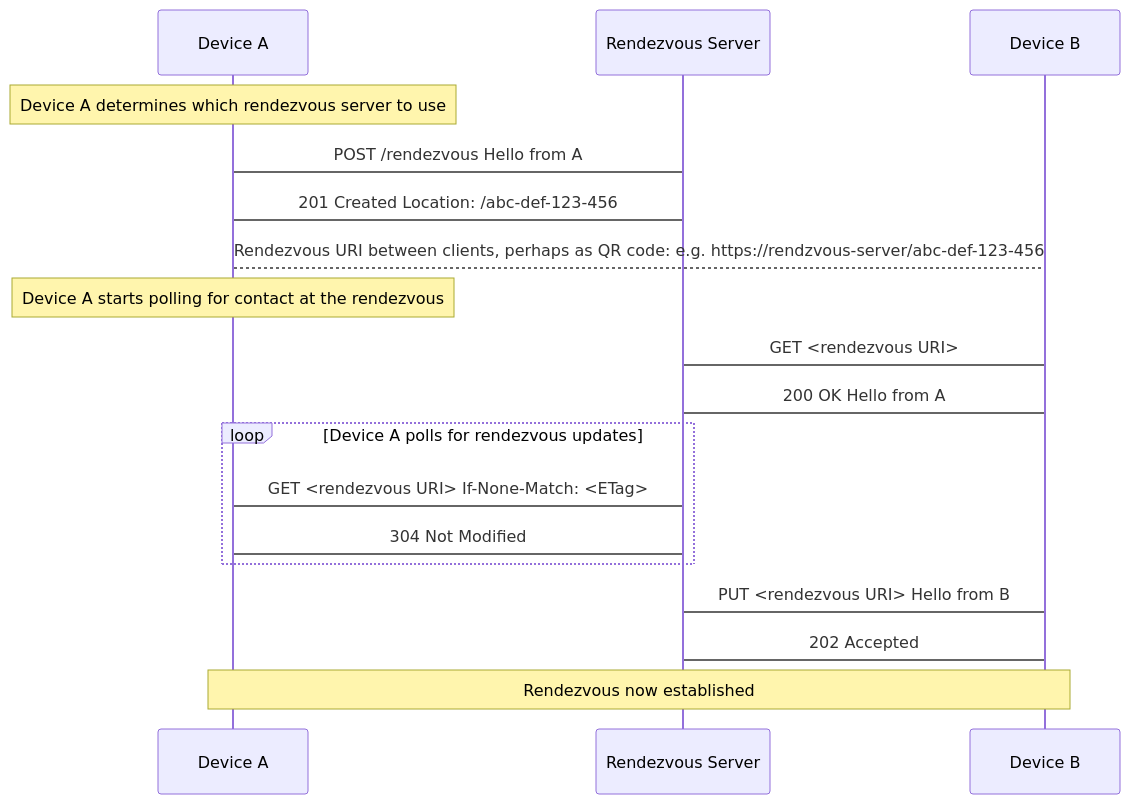
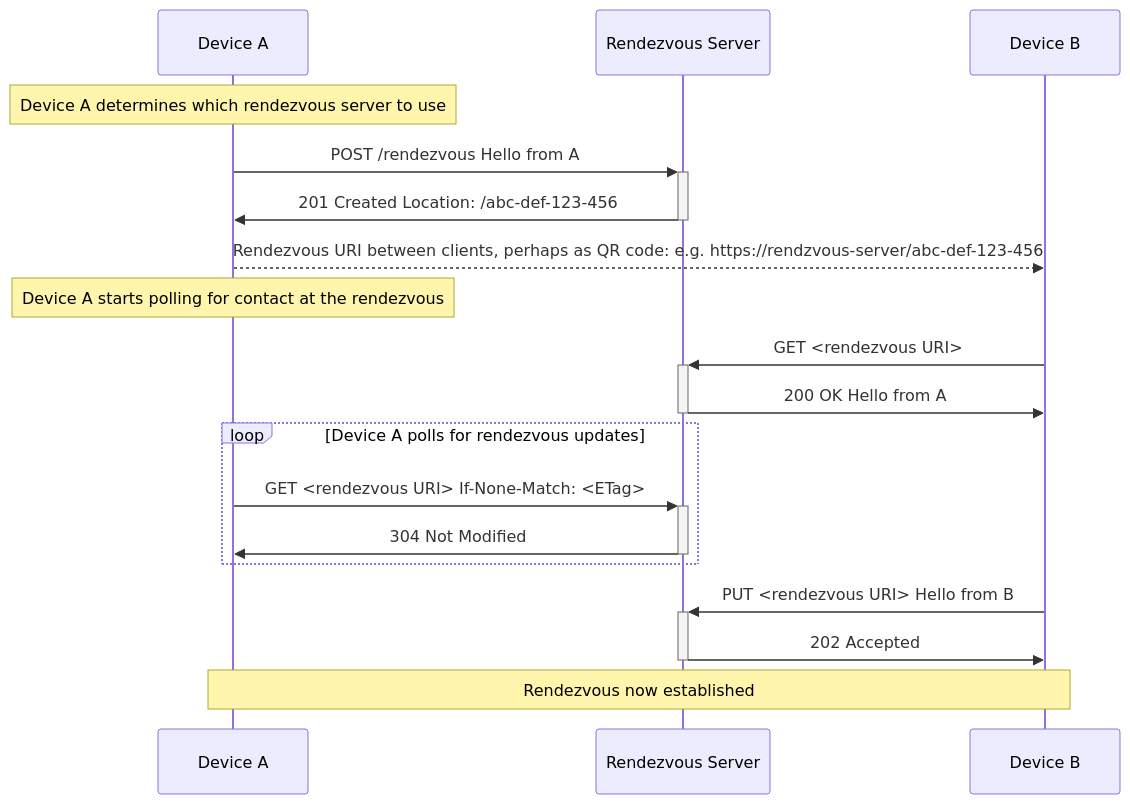
The diagram in proposals/3886-simple-rendezvous-capability.md (matrix-org/matrix-spec-proposals), drawn with Mermaid before and after one commit.

Commit message:
Add missing arrows to diagram

````diff
--- a/proposals/3886-simple-rendezvous-capability.md
+++ b/proposals/3886-simple-rendezvous-capability.md
@@ -27,28 +27,28 @@
 ```mermaid
 
 sequenceDiagram
   participant A as Device A
   participant R as Rendezvous Server
   participant B as Device B
   Note over A: Device A determines which rendezvous server to use
 
-  A->R: POST /rendezvous Hello from A
-  R->A: 201 Created Location: /abc-def-123-456
+  A->>+R: POST /rendezvous Hello from A
+  R->>-A: 201 Created Location: /abc-def-123-456
 
-  A-->B: Rendezvous URI between clients, perhaps as QR code: e.g. https://rendzvous-server/abc-def-123-456
+  A-->>B: Rendezvous URI between clients, perhaps as QR code: e.g. https://rendzvous-server/abc-def-123-456
 
   Note over A: Device A starts polling for contact at the rendezvous
 
-  B->R: GET <rendezvous URI>
-  R->B: 200 OK Hello from A
+  B->>+R: GET <rendezvous URI>
+  R->>-B: 200 OK Hello from A
 
   loop Device A polls for rendezvous updates
-    A->R: GET <rendezvous URI> If-None-Match: <ETag>
-    R->A: 304 Not Modified
+    A->>+R: GET <rendezvous URI> If-None-Match: <ETag>
+    R->>-A: 304 Not Modified
   end
 
-  B->R: PUT <rendezvous URI> Hello from B
-  R->B: 202 Accepted 
+  B->>+R: PUT <rendezvous URI> Hello from B
+  R->>-B: 202 Accepted 
 
   Note over A,B: Rendezvous now established
 ```
````
